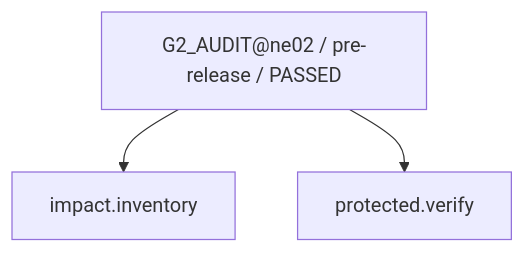
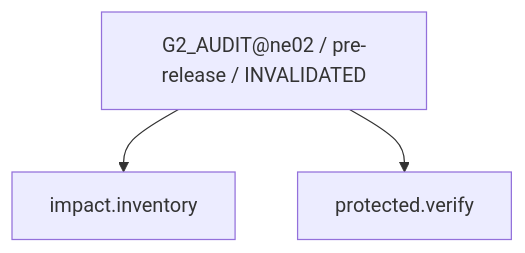
One commit to rrikunagasige-dot/kyotsu-step-web changed diagram 31 of 45 in work/items/W-MATH-036-ne02-n11-n12-guided-design/generated/CAPABILITY_FIRE_DIAGRAM.md. Above: the diagram before and after it, drawn with Mermaid. The commit also changed other lines of this file and 55 other files, not shown here.

````diff
--- a/work/items/W-MATH-036-ne02-n11-n12-guided-design/generated/CAPABILITY_FIRE_DIAGRAM.md
+++ b/work/items/W-MATH-036-ne02-n11-n12-guided-design/generated/CAPABILITY_FIRE_DIAGRAM.md
@@ -507,8 +507,8 @@
 ```mermaid
 flowchart TD
-  N0["G2_AUDIT@ne02 / pre-release / PASSED"]
+  N0["G2_AUDIT@ne02 / pre-release / INVALIDATED"]
   N1["protected.verify"]
   N2["impact.inventory"]
   N0 --> N2
   N0 --> N1
 ```
````
